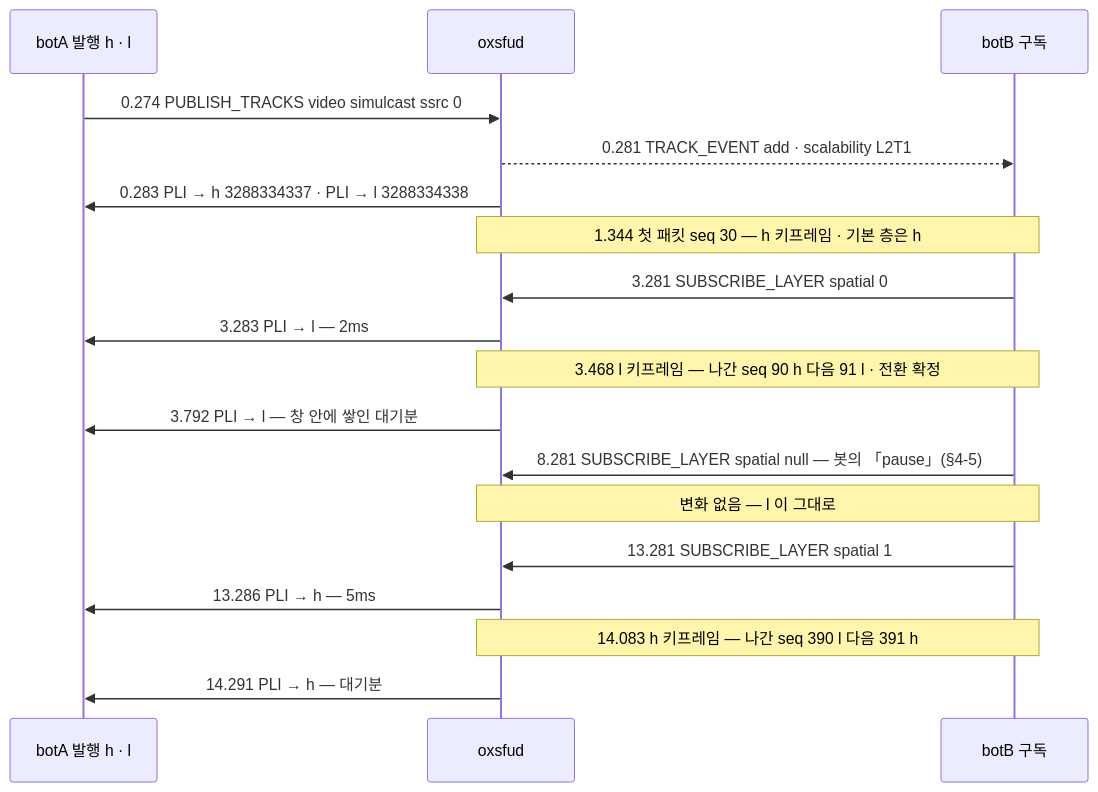
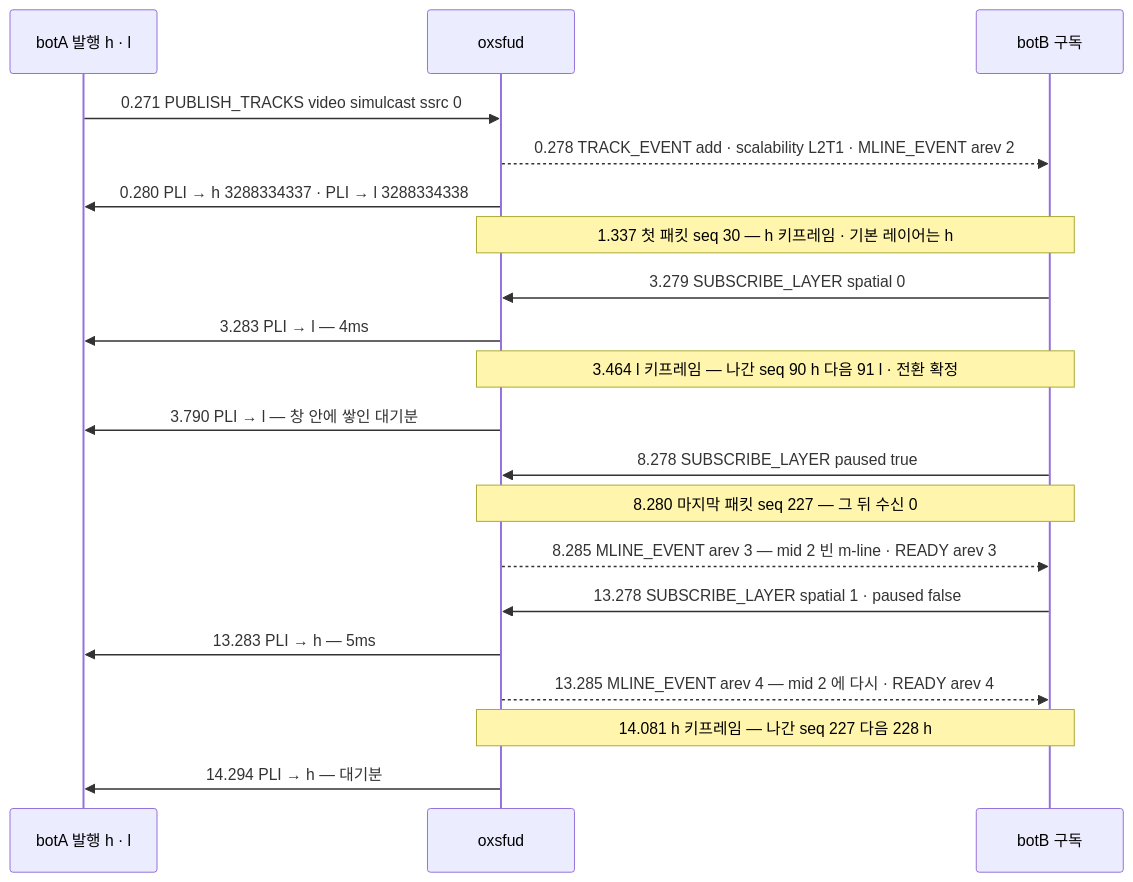
Before and after one commit to kodeholic9/oxlens-sfu: the second of 3 diagrams in docs/learn/05_SIMULCAST_BWE.md, drawn with Mermaid. The commit also changed other lines of this file and 19 other files, not shown here.

````diff
--- a/docs/learn/05_SIMULCAST_BWE.md
+++ b/docs/learn/05_SIMULCAST_BWE.md
@@ -47,20 +51,22 @@
 ```mermaid
 sequenceDiagram
   participant A as botA 발행 h · l
   participant S as oxsfud
   participant B as botB 구독
-  A->>S: 0.274 PUBLISH_TRACKS video simulcast ssrc 0
-  S-->>B: 0.281 TRACK_EVENT add · scalability L2T1
-  S->>A: 0.283 PLI → h 3288334337 · PLI → l 3288334338
-  Note over S,B: 1.344 첫 패킷 seq 30 — h 키프레임 · 기본 층은 h
-  B->>S: 3.281 SUBSCRIBE_LAYER spatial 0
-  S->>A: 3.283 PLI → l — 2ms
-  Note over S,B: 3.468 l 키프레임 — 나간 seq 90 h 다음 91 l · 전환 확정
-  S->>A: 3.792 PLI → l — 창 안에 쌓인 대기분
-  B->>S: 8.281 SUBSCRIBE_LAYER spatial null — 봇의 「pause」(§4-5)
-  Note over S,B: 변화 없음 — l 이 그대로
-  B->>S: 13.281 SUBSCRIBE_LAYER spatial 1
-  S->>A: 13.286 PLI → h — 5ms
-  Note over S,B: 14.083 h 키프레임 — 나간 seq 390 l 다음 391 h
-  S->>A: 14.291 PLI → h — 대기분
+  A->>S: 0.271 PUBLISH_TRACKS video simulcast ssrc 0
+  S-->>B: 0.278 TRACK_EVENT add · scalability L2T1 · MLINE_EVENT arev 2
+  S->>A: 0.280 PLI → h 3288334337 · PLI → l 3288334338
+  Note over S,B: 1.337 첫 패킷 seq 30 — h 키프레임 · 기본 레이어는 h
+  B->>S: 3.279 SUBSCRIBE_LAYER spatial 0
+  S->>A: 3.283 PLI → l — 4ms
+  Note over S,B: 3.464 l 키프레임 — 나간 seq 90 h 다음 91 l · 전환 확정
+  S->>A: 3.790 PLI → l — 창 안에 쌓인 대기분
+  B->>S: 8.278 SUBSCRIBE_LAYER paused true
+  Note over S,B: 8.280 마지막 패킷 seq 227 — 그 뒤 수신 0
+  S-->>B: 8.285 MLINE_EVENT arev 3 — mid 2 빈 m-line · READY arev 3
+  B->>S: 13.278 SUBSCRIBE_LAYER spatial 1 · paused false
+  S->>A: 13.283 PLI → h — 5ms
+  S-->>B: 13.285 MLINE_EVENT arev 4 — mid 2 에 다시 · READY arev 4
+  Note over S,B: 14.081 h 키프레임 — 나간 seq 227 다음 228 h
+  S->>A: 14.294 PLI → h — 대기분
 ```
````
